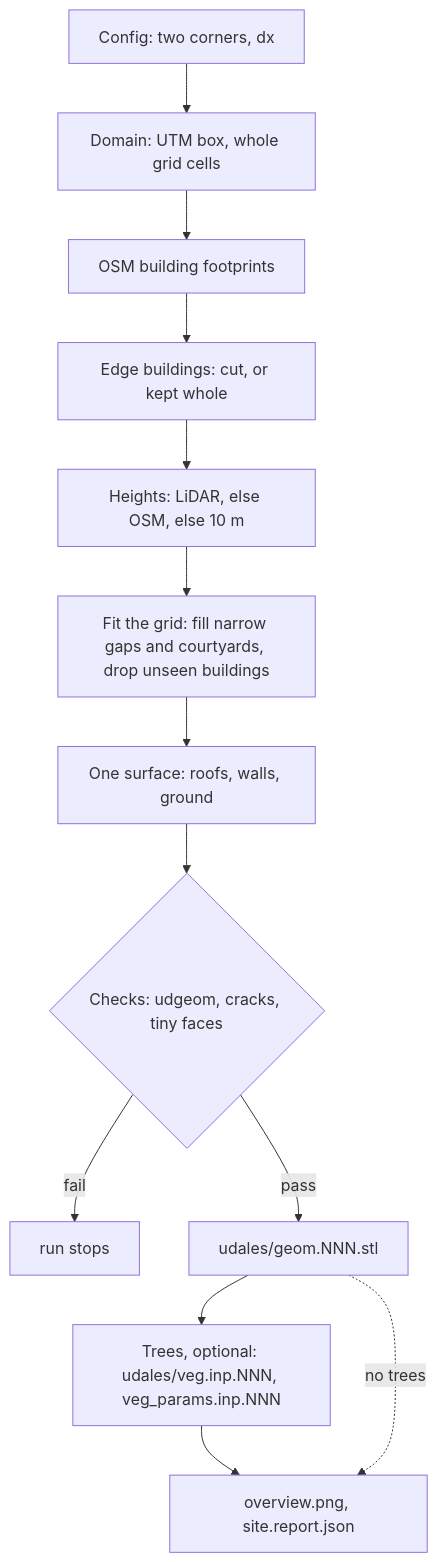
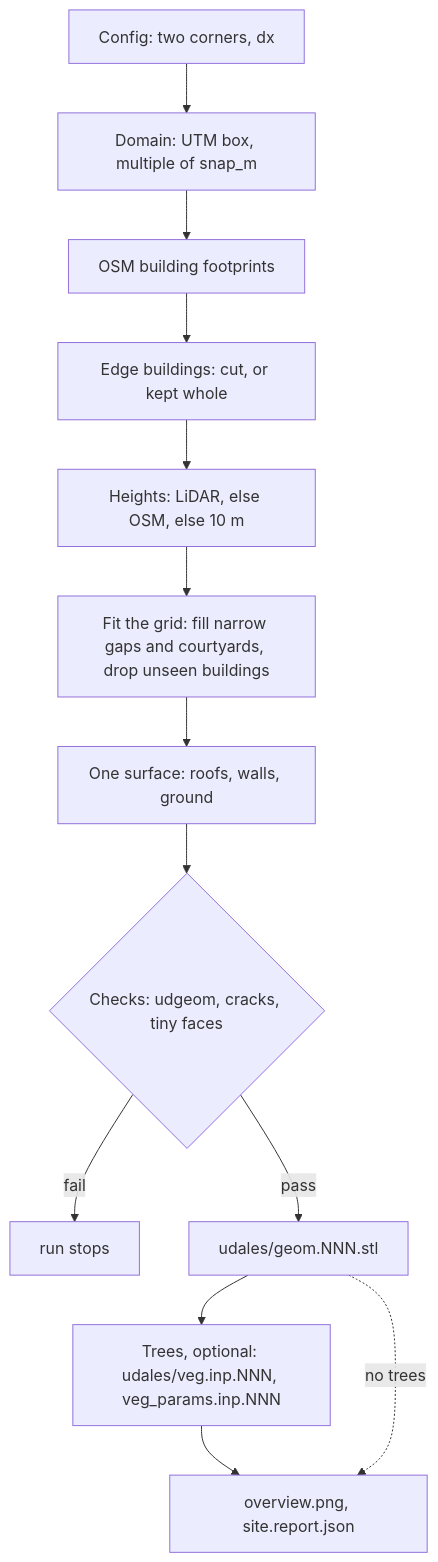
The diagram in README.md (SLT2k/uDALES_Geo), drawn with Mermaid before and after one commit. The commit also changed other lines of this file and 35 other files, not shown here.

````diff
--- a/README.md
+++ b/README.md
@@ -74,15 +77,15 @@
 ```mermaid
 flowchart TD
-    CFG["Config: two corners, dx"] --> DOM["Domain: UTM box, whole grid cells"]
+    CFG["Config: two corners, dx"] --> DOM["Domain: UTM box, multiple of snap_m"]
     DOM --> OSM["OSM building footprints"]
     OSM --> EDGE["Edge buildings: cut, or kept whole"]
     EDGE --> HGT["Heights: LiDAR, else OSM, else 10 m"]
     HGT --> FIT["Fit the grid: fill narrow gaps and courtyards, drop unseen buildings"]
     FIT --> MESH["One surface: roofs, walls, ground"]
     MESH --> CHK{"Checks: udgeom, cracks, tiny faces"}
     CHK -->|fail| STOP["run stops"]
     CHK -->|pass| GEOM["udales/geom.NNN.stl"]
     GEOM --> VEG["Trees, optional: udales/veg.inp.NNN, veg_params.inp.NNN"]
     VEG --> REP["overview.png, site.report.json"]
     GEOM -.->|no trees| REP
 ```
````
